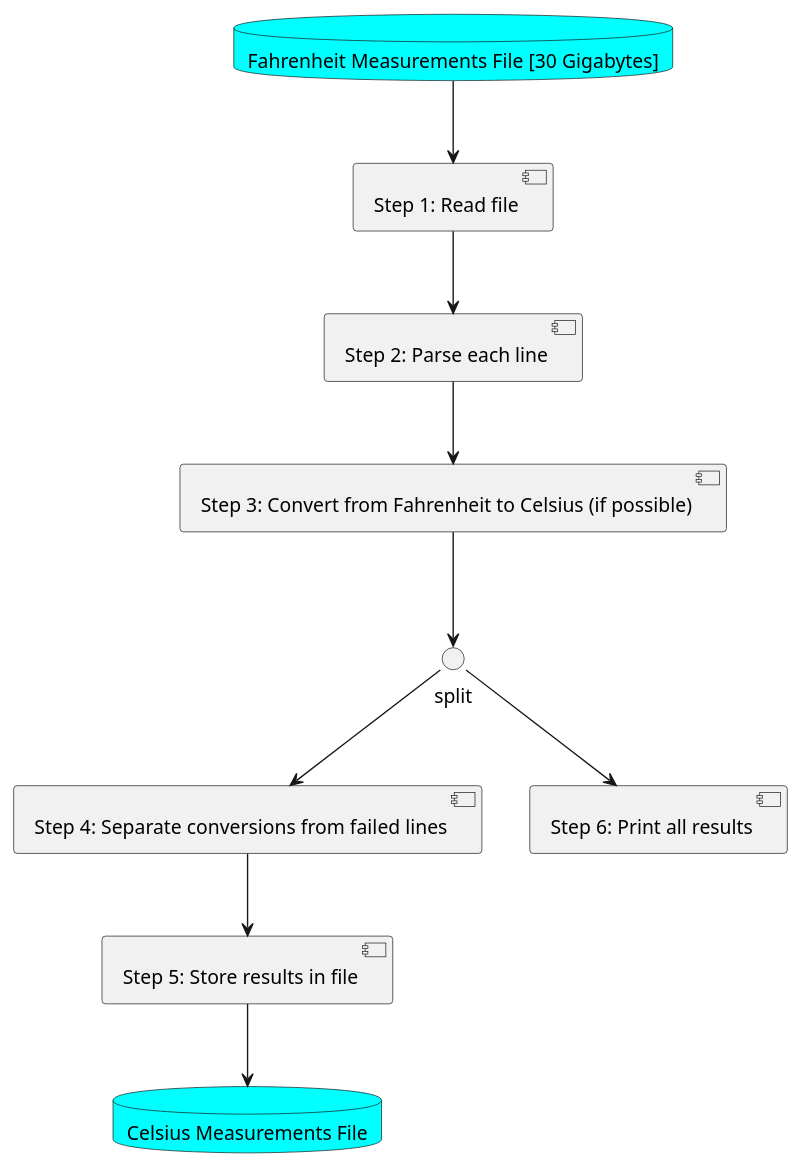
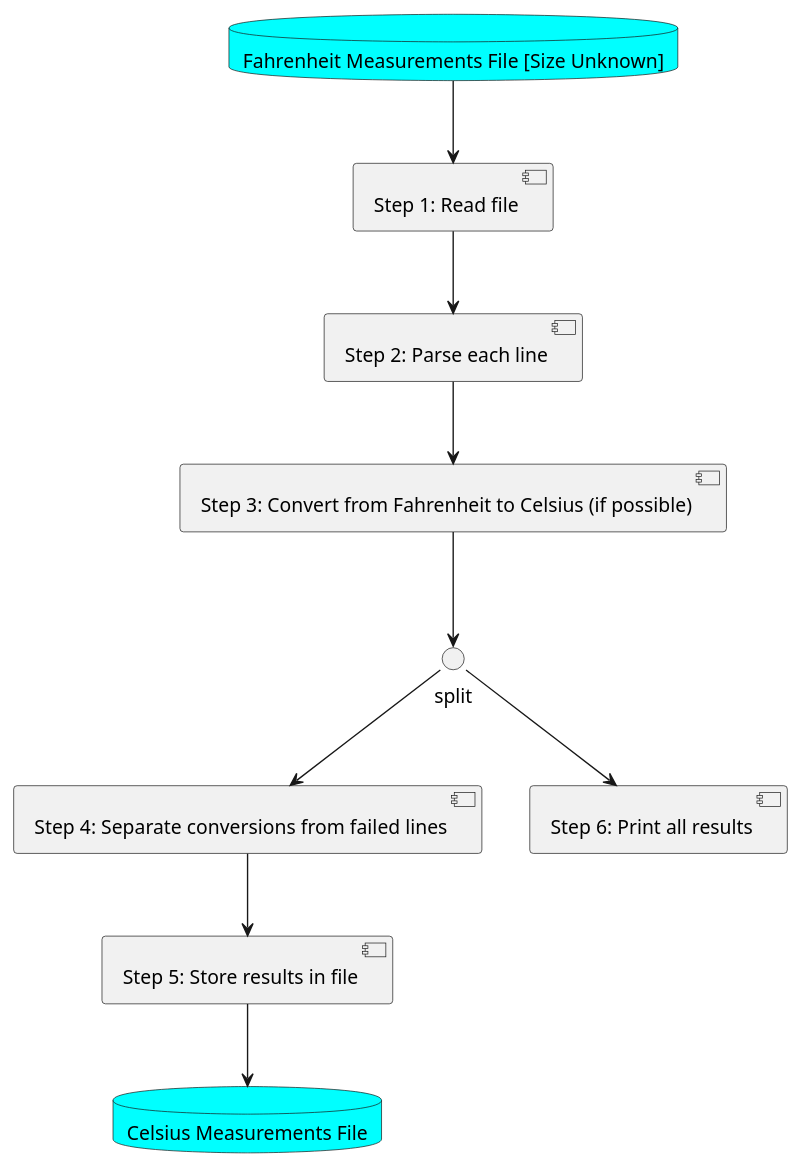
One commit to johnmariogz/practical-functional-programming-2021 changed the diagram in src/main/scala/lectures/session5/part3_streams/streams.plantuml. Above: the diagram before and after it, drawn with PlantUML. The commit also changed 9 other files, not shown here.

```diff
--- a/src/main/scala/lectures/session5/part3_streams/streams.plantuml
+++ b/src/main/scala/lectures/session5/part3_streams/streams.plantuml
@@ -1,22 +1,22 @@
 @startuml
 skinparam databaseBackgroundColor Aqua
-database "Fahrenheit Measurements File [30 Gigabytes]" as input_file
+database "Fahrenheit Measurements File [Size Unknown]" as input_file
 database "Celsius Measurements File" as output_file
 
 [Step 1: Read file] as step1
 [Step 2: Parse each line] as step2
 [Step 3: Convert from Fahrenheit to Celsius (if possible)] as step3
 interface "split" as split
 [Step 4: Separate conversions from failed lines] as step4
 [Step 5: Store results in file] as step5
 [Step 6: Print all results] as step6
 
 input_file --> step1
 step1 --> step2
 step2 --> step3
 step3 --> split
 split --> step4
 split --> step6
 step4 --> step5
 step5 --> output_file
 @enduml
```
